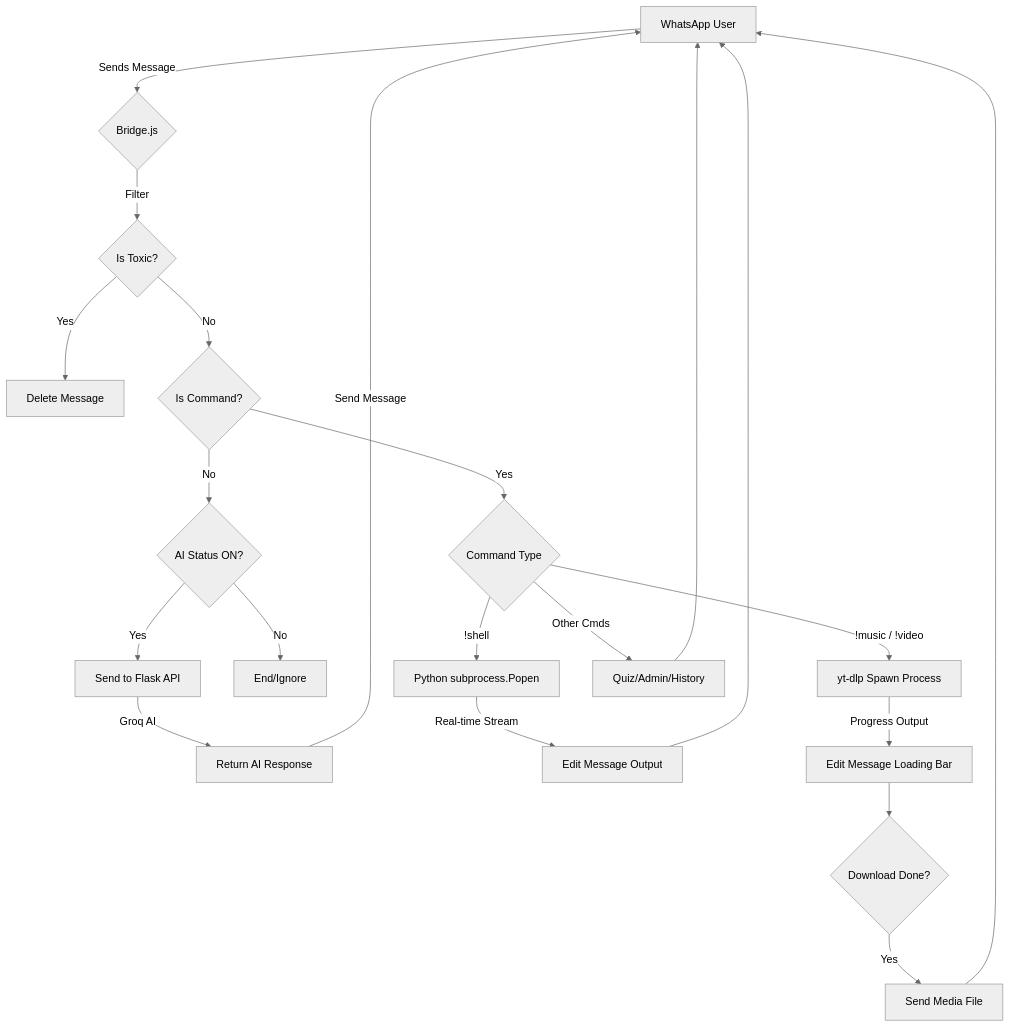
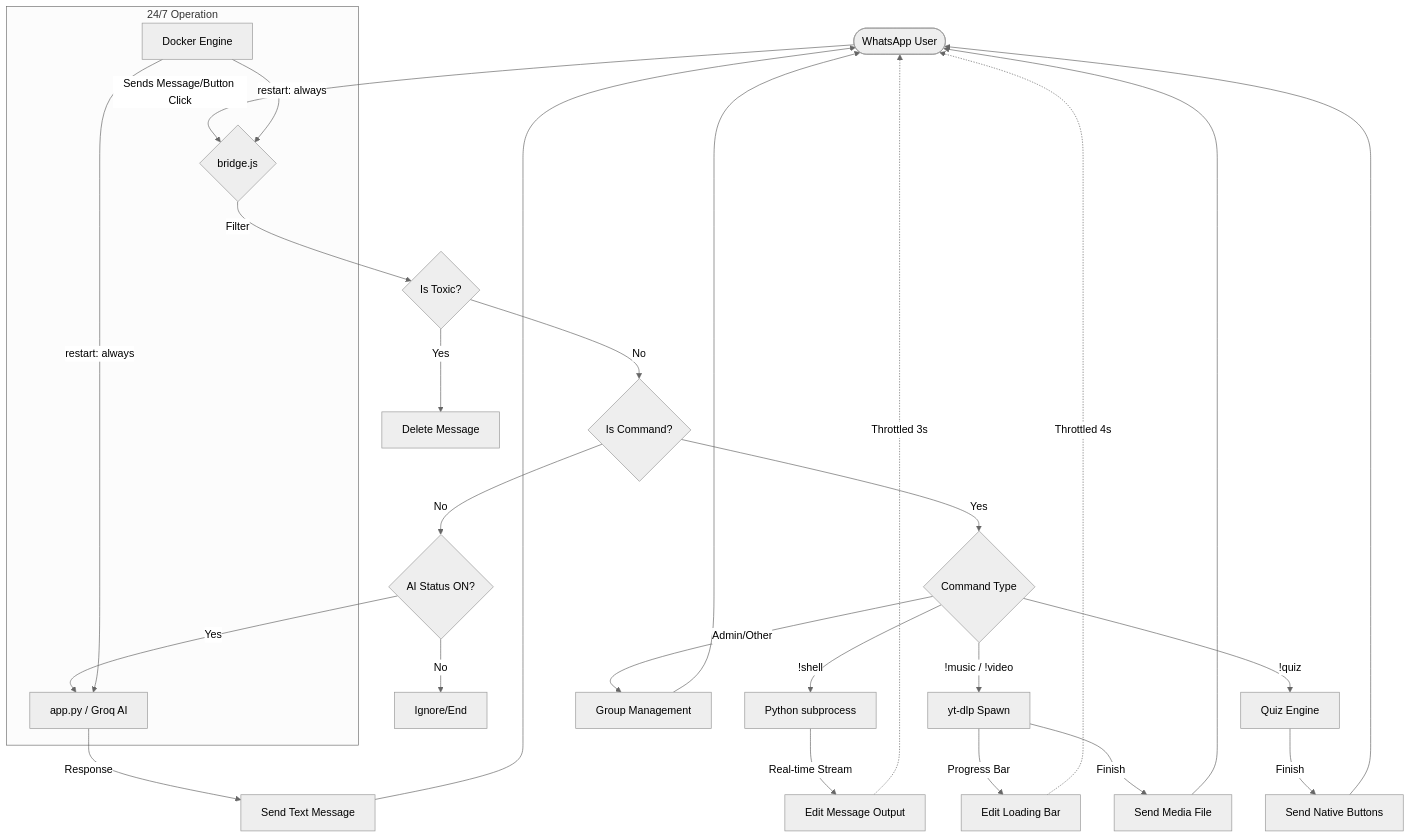
One commit to Danta23/Belinda_AI changed the diagram in README.md. Above: the diagram before and after it, drawn with Mermaid (neutral theme). The commit also changed other lines of this file and 9 other files, not shown here.

First line of the commit message:
using docker and update the quiz system

````diff
--- a/README.md
+++ b/README.md
@@ -95,28 +41,42 @@
 ```mermaid
 graph TD
-    A[WhatsApp User] -->|Sends Message| B{Bridge.js}
-    B -->|Filter| C{Is Toxic?}
-    C -->|Yes| D[Delete Message]
-    C -->|No| E{Is Command?}
+    User([WhatsApp User]) -->|Sends Message/Button Click| Bridge{bridge.js}
     
-    E -->|No| G{AI Status ON?}
-    G -->|Yes| H[Send to Flask API]
-    H -->|Groq AI| I[Return AI Response]
-    I -->|Send Message| A
-    G -->|No| J[End/Ignore]
+    %% Filter Logic
+    Bridge -->|Filter| Toxic{Is Toxic?}
+    Toxic -->|Yes| Delete[Delete Message]
+    Toxic -->|No| CmdCheck{Is Command?}
 
-    E -->|Yes| K{Command Type}
+    %% AI Logic
+    CmdCheck -->|No| AIStatus{AI Status ON?}
+    AIStatus -->|Yes| Flask[app.py / Groq AI]
+    Flask -->|Response| SendMsg[Send Text Message]
+    SendMsg --> User
+    AIStatus -->|No| Ignore[Ignore/End]
+
+    %% Command Logic
+    CmdCheck -->|Yes| Dispatcher{Command Type}
     
-    K -->|!shell| L[Python subprocess.Popen]
-    L -->|Real-time Stream| M[Edit Message Output]
-    M --> A
+    Dispatcher -->|!shell| Shell[Python subprocess]
+    Shell -->|Real-time Stream| EditShell[Edit Message Output]
+    EditShell -.->|Throttled 3s| User
 
-    K -->|!music / !video| N[yt-dlp Spawn Process]
-    N -->|Progress Output| O[Edit Message Loading Bar]
-    O --> P{Download Done?}
-    P -->|Yes| Q[Send Media File]
-    Q --> A
+    Dispatcher -->|!music / !video| YTDLP[yt-dlp Spawn]
+    YTDLP -->|Progress Bar| EditDL[Edit Loading Bar]
+    EditDL -.->|Throttled 4s| User
+    YTDLP -->|Finish| SendMedia[Send Media File]
+    SendMedia --> User
+
+    Dispatcher -->|!quiz| Quiz[Quiz Engine]
+    Quiz -->|Finish| NativeBtn[Send Native Buttons]
+    NativeBtn --> User
     
-    K -->|Other Cmds| R[Quiz/Admin/History]
-    R --> A
+    Dispatcher -->|Admin/Other| Admin[Group Management]
+    Admin --> User
+
+    %% Docker Cycle
+    subgraph 24/7 Operation
+        Docker[Docker Engine] -->|restart: always| Bridge
+        Docker -->|restart: always| Flask
+    end
 ```
````
